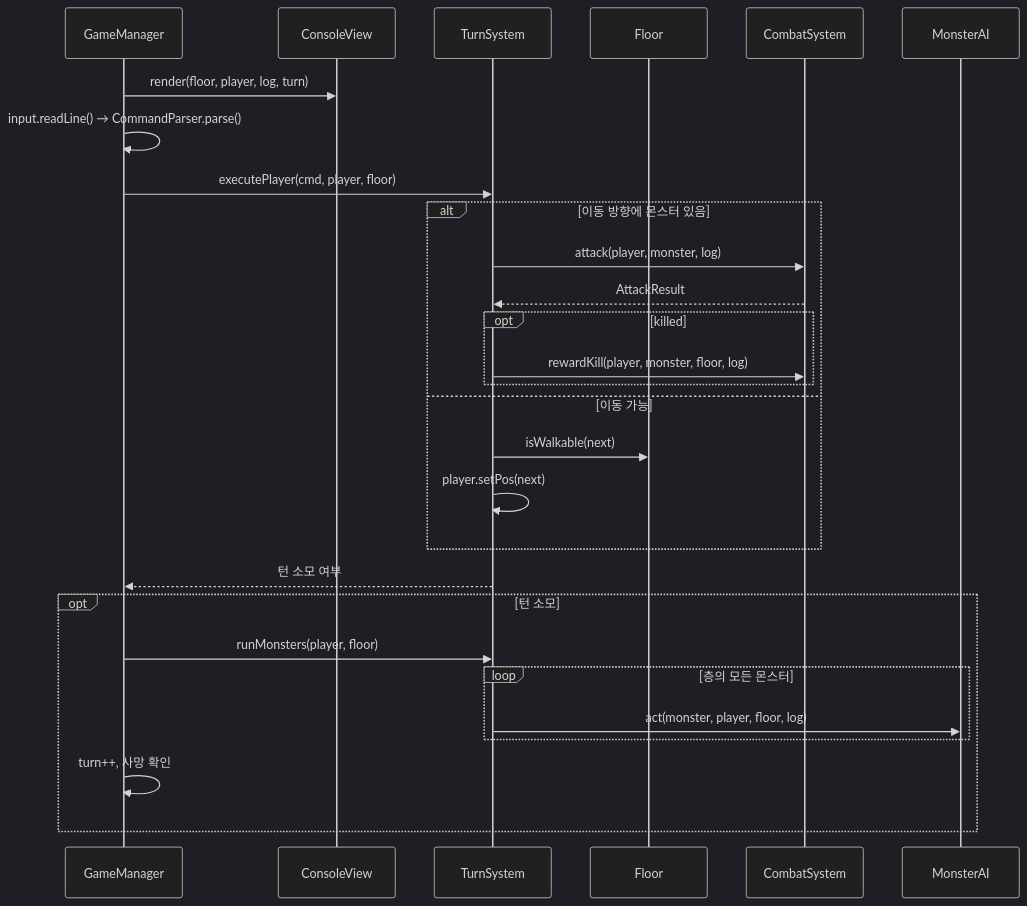
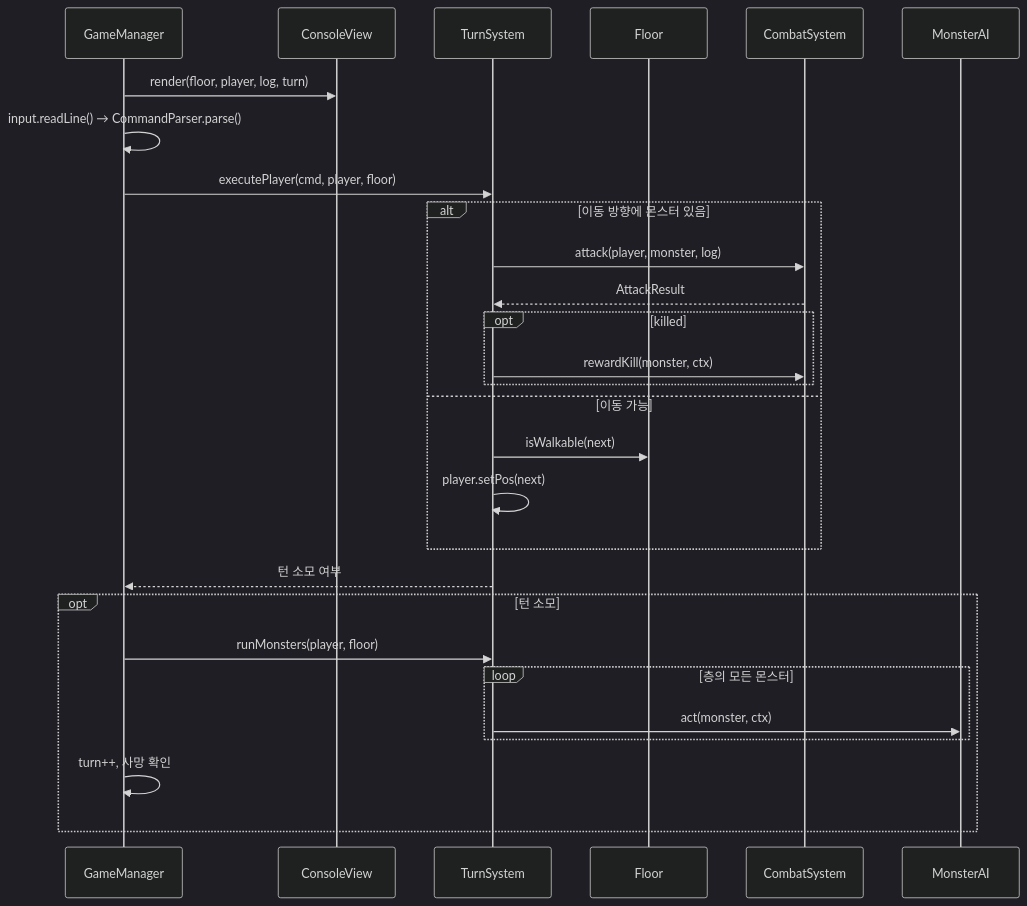
Before and after one commit to likelion-boot-camp-28th/side-project01-team01: the ninth of 9 diagrams in docs/Class-Diagram.md, drawn with Mermaid (dark theme). The commit also changed other lines of this file and 5 other files, not shown here.

````diff
--- a/docs/Class-Diagram.md
+++ b/docs/Class-Diagram.md
@@ -848,31 +851,31 @@
 ```mermaid
 sequenceDiagram
     participant GM as GameManager
     participant V as ConsoleView
     participant TS as TurnSystem
     participant F as Floor
     participant CS as CombatSystem
     participant AI as MonsterAI
 
     GM->>V: render(floor, player, log, turn)
     GM->>GM: input.readLine() → CommandParser.parse()
     GM->>TS: executePlayer(cmd, player, floor)
     alt 이동 방향에 몬스터 있음
         TS->>CS: attack(player, monster, log)
         CS-->>TS: AttackResult
         opt killed
-            TS->>CS: rewardKill(player, monster, floor, log)
+            TS->>CS: rewardKill(monster, ctx)
         end
     else 이동 가능
         TS->>F: isWalkable(next)
         TS->>TS: player.setPos(next)
     end
     TS-->>GM: 턴 소모 여부
     opt 턴 소모
         GM->>TS: runMonsters(player, floor)
         loop 층의 모든 몬스터
-            TS->>AI: act(monster, player, floor, log)
+            TS->>AI: act(monster, ctx)
         end
         GM->>GM: turn++, 사망 확인
     end
 ```
````
